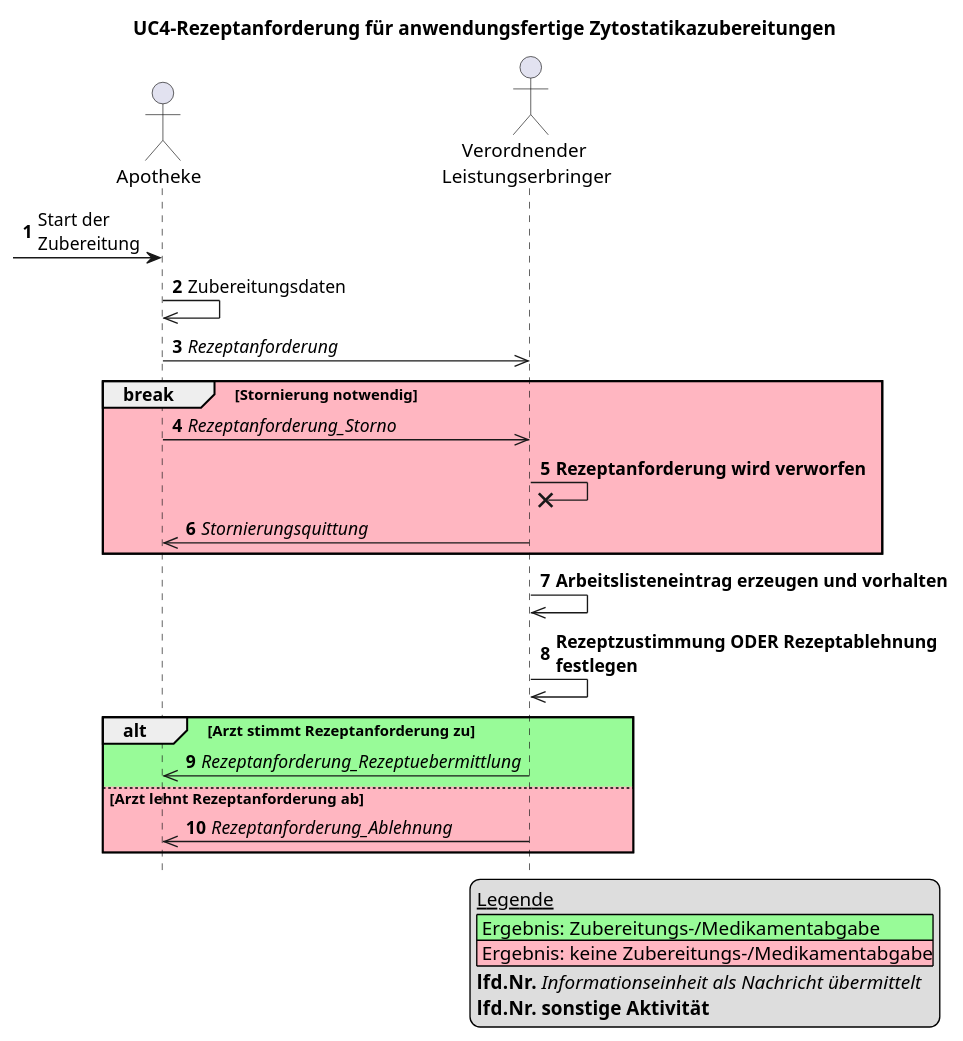
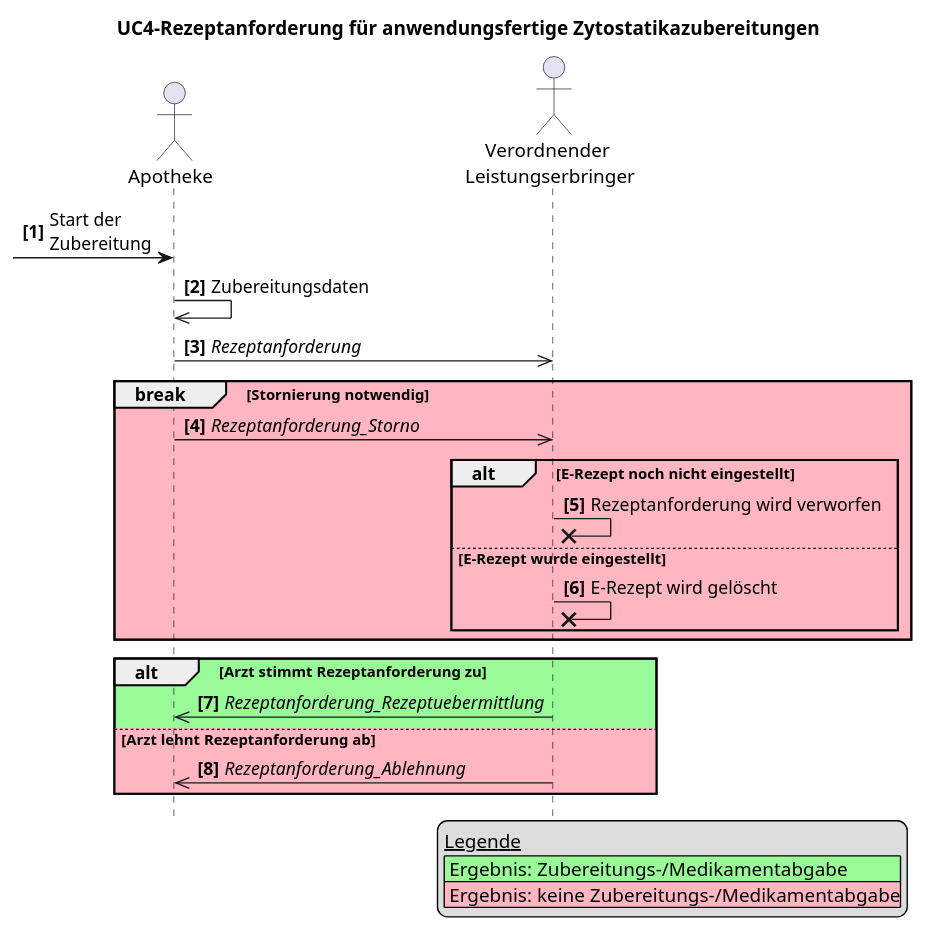
The diagram in Resources/puml/gemF_eRp_KIM/UC4-rezeptanforderung-zytostatika-allgemein.puml (gematik/spec-E-Rezept-ServiceRequest), drawn with PlantUML before and after one commit.

Commit message:
anpassungen für zyto usecase puml

```diff
--- a/Resources/puml/gemF_eRp_KIM/UC4-rezeptanforderung-zytostatika-allgemein.puml
+++ b/Resources/puml/gemF_eRp_KIM/UC4-rezeptanforderung-zytostatika-allgemein.puml
@@ -1,44 +1,41 @@
 @startuml name = "UC4-Rezeptanforderung-anwendigungsfertige-Zytostatika"
 
 
 skinparam maxMessageSize 300
 
 title UC4-Rezeptanforderung für anwendungsfertige Zytostatikazubereitungen
 hide footbox
-autonumber
+autonumber "<b>[0]"
 
     actor "Apotheke" as Apotheke
     actor "Verordnender \nLeistungserbringer" as Arzt
 
 legend bottom right
     __Legende__
     |<#PaleGreen> Ergebnis: Zubereitungs-/Medikamentabgabe|
     |<#LightPink> Ergebnis: keine Zubereitungs-/Medikamentabgabe|
-    **lfd.Nr.** //Informationseinheit als Nachricht übermittelt//
-    **lfd.Nr.** **sonstige Aktivität**
 endlegend
 
 ?-> Apotheke: Start der \nZubereitung
 
 Apotheke ->> Apotheke: Zubereitungsdaten
 
 Apotheke ->> Arzt: //Rezeptanforderung//
 
 break #LightPink Stornierung notwendig
     Apotheke ->> Arzt: //Rezeptanforderung_Storno//
-    Arzt ->x Arzt: **Rezeptanforderung wird verworfen**
-    Arzt ->> Apotheke: //Stornierungsquittung//
+    alt #LightPink E-Rezept noch nicht eingestellt
+        Arzt ->x Arzt: Rezeptanforderung wird verworfen
+    else #LightPink E-Rezept wurde eingestellt
+        Arzt ->x Arzt: E-Rezept wird gelöscht
+    end
 end
-
-Arzt ->> Arzt: **Arbeitslisteneintrag erzeugen und vorhalten**
-
-Arzt ->> Arzt: **Rezeptzustimmung ODER Rezeptablehnung festlegen**
 
 alt #PaleGreen Arzt stimmt Rezeptanforderung zu
     Arzt ->> Apotheke: //Rezeptanforderung_Rezeptuebermittlung//
 else #LightPink Arzt lehnt Rezeptanforderung ab
     Arzt ->> Apotheke: //Rezeptanforderung_Ablehnung//
 
 end
 
 @enduml
```
